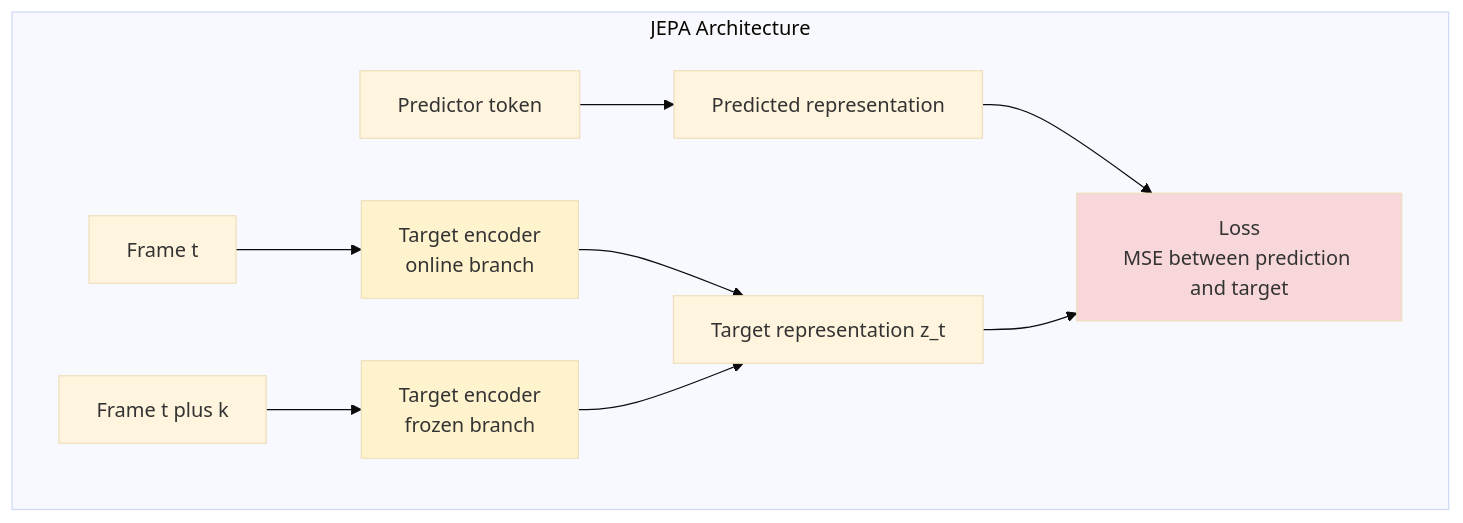
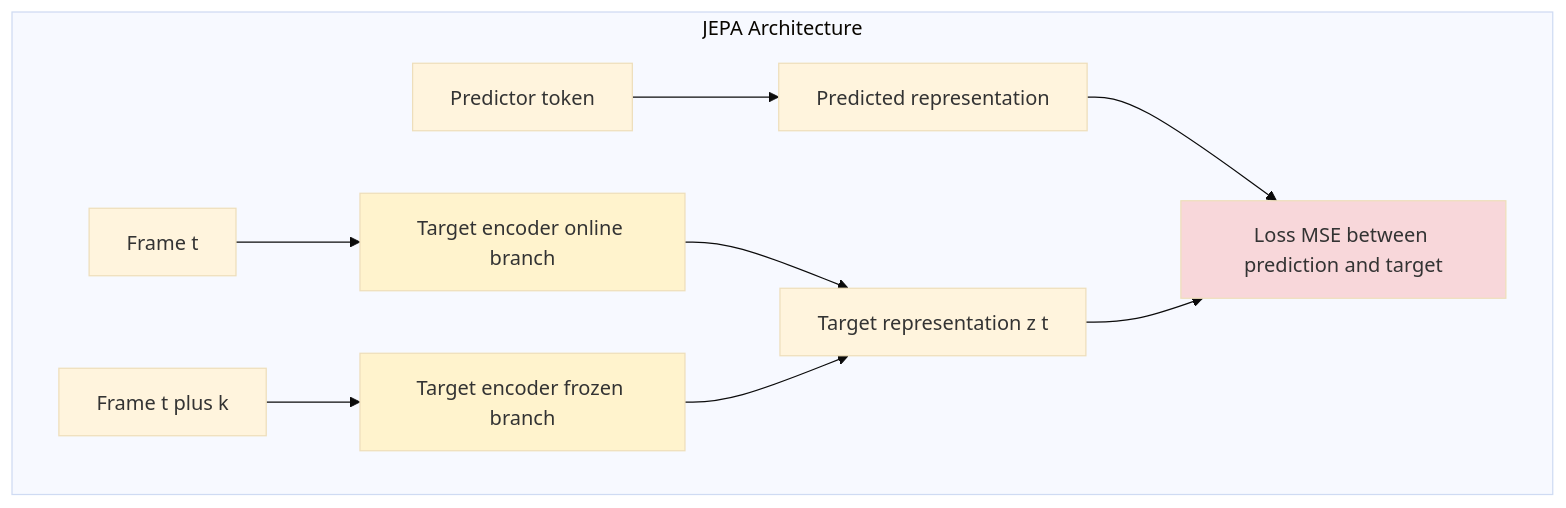
One commit to ParamThakkar123/torchwm changed the diagram in docs/source/jepa.md. Above: the diagram before and after it, drawn with Mermaid (base theme). The commit also changed 5 other files, not shown here.

Commit message:
Prevent Mermaid diagrams from rerendering as errors

````diff
--- a/docs/source/jepa.md
+++ b/docs/source/jepa.md
@@ -21,16 +21,16 @@
 ```{mermaid}
-graph TD
-    subgraph jepa_architecture["JEPA Architecture"]
-        A["Frame t"] --> B["Target encoder<br/>online branch"]
-        C["Frame t plus k"] --> D["Target encoder<br/>frozen branch"]
-        B --> E["Target representation z_t"]
+flowchart TD
+    subgraph jepa_architecture [JEPA Architecture]
+        A[Frame t] --> B[Target encoder online branch]
+        C[Frame t plus k] --> D[Target encoder frozen branch]
+        B --> E[Target representation z t]
         D --> E
-        F["Predictor token"] --> G["Predicted representation"]
-        G --> H["Loss<br/>MSE between prediction and target"]
+        F[Predictor token] --> G[Predicted representation]
+        G --> H[Loss MSE between prediction and target]
         E --> H
     end
 
     style B fill:#fff3cd
     style D fill:#fff3cd
     style H fill:#f8d7da
 ```
````
